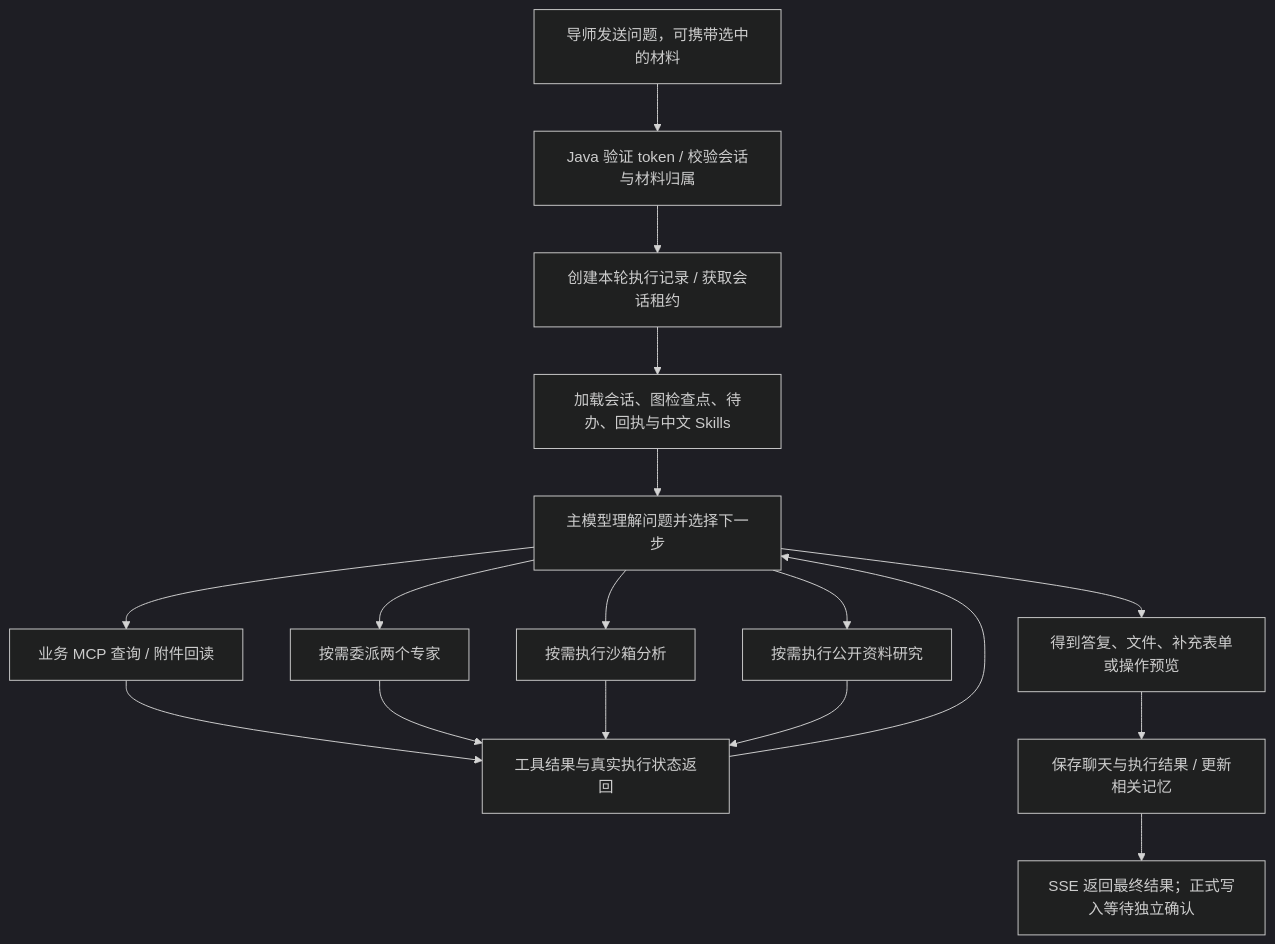
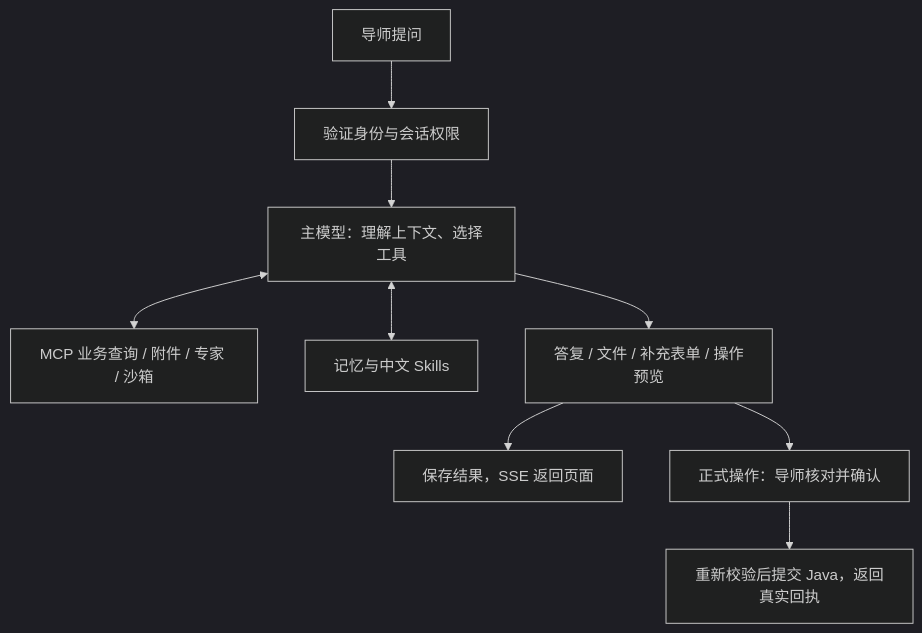
One commit to psqin/InsightLink changed the diagram in README.md. Above: the diagram before and after it, drawn with Mermaid (dark theme). The commit also changed other lines of this file, not shown here.

````diff
--- a/README.md
+++ b/README.md
@@ -265,19 +95,11 @@
 ```mermaid
 flowchart TD
-    U["导师发送问题，可携带选中的材料"] --> A["Java 验证 token / 校验会话与材料归属"]
-    A --> E["创建本轮执行记录 / 获取会话租约"]
-    E --> C["加载会话、图检查点、待办、回执与中文 Skills"]
-    C --> G["主模型理解问题并选择下一步"]
-    G --> Q["业务 MCP 查询 / 附件回读"]
-    G --> X["按需委派两个专家"]
-    G --> S["按需执行沙箱分析"]
-    G --> W["按需执行公开资料研究"]
-    Q --> R["工具结果与真实执行状态返回"]
-    X --> R
-    S --> R
-    W --> R
-    R --> G
-    G --> O["得到答复、文件、补充表单或操作预览"]
-    O --> P["保存聊天与执行结果 / 更新相关记忆"]
-    P --> B["SSE 返回最终结果；正式写入等待独立确认"]
+    U["导师提问"] --> A["验证身份与会话权限"]
+    A --> G["主模型：理解上下文、选择工具"]
+    G <--> T["MCP 业务查询 / 附件 / 专家 / 沙箱"]
+    G <--> M["记忆与中文 Skills"]
+    G --> R["答复 / 文件 / 补充表单 / 操作预览"]
+    R --> P["保存结果，SSE 返回页面"]
+    R --> H["正式操作：导师核对并确认"]
+    H --> J["重新校验后提交 Java，返回真实回执"]
 ```
````
